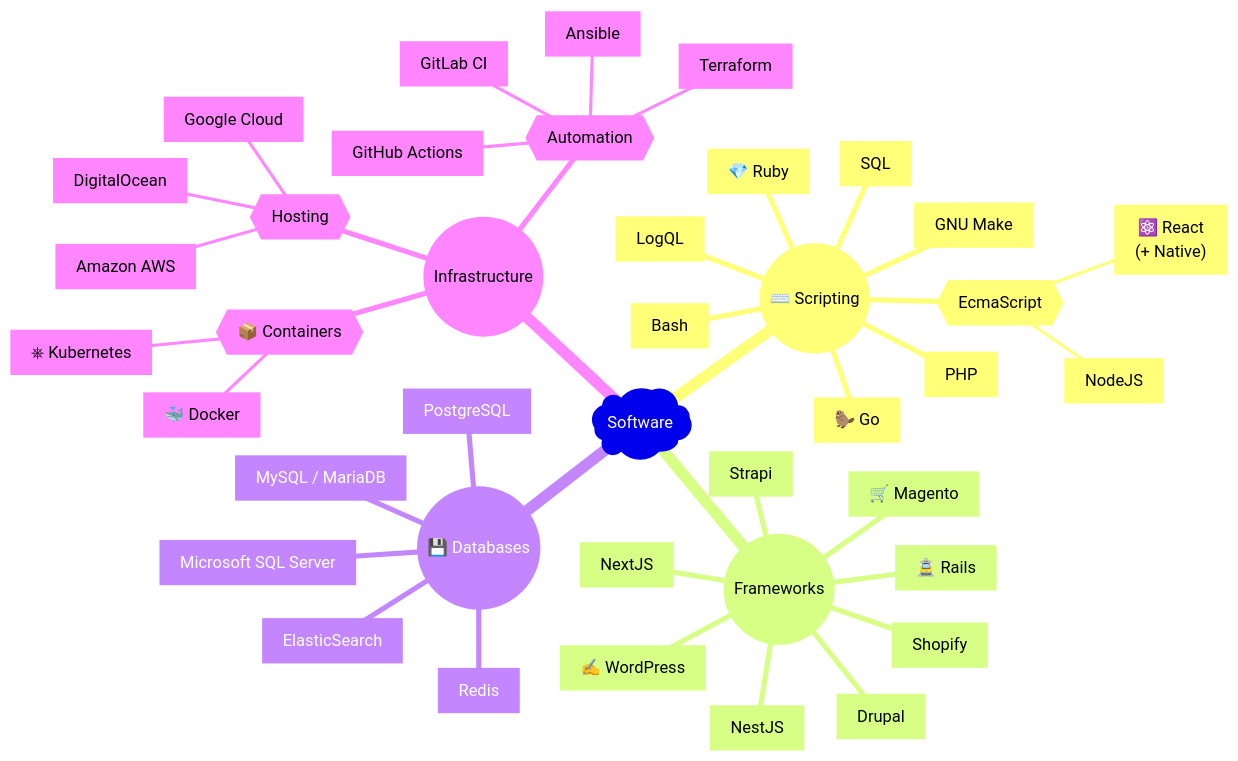
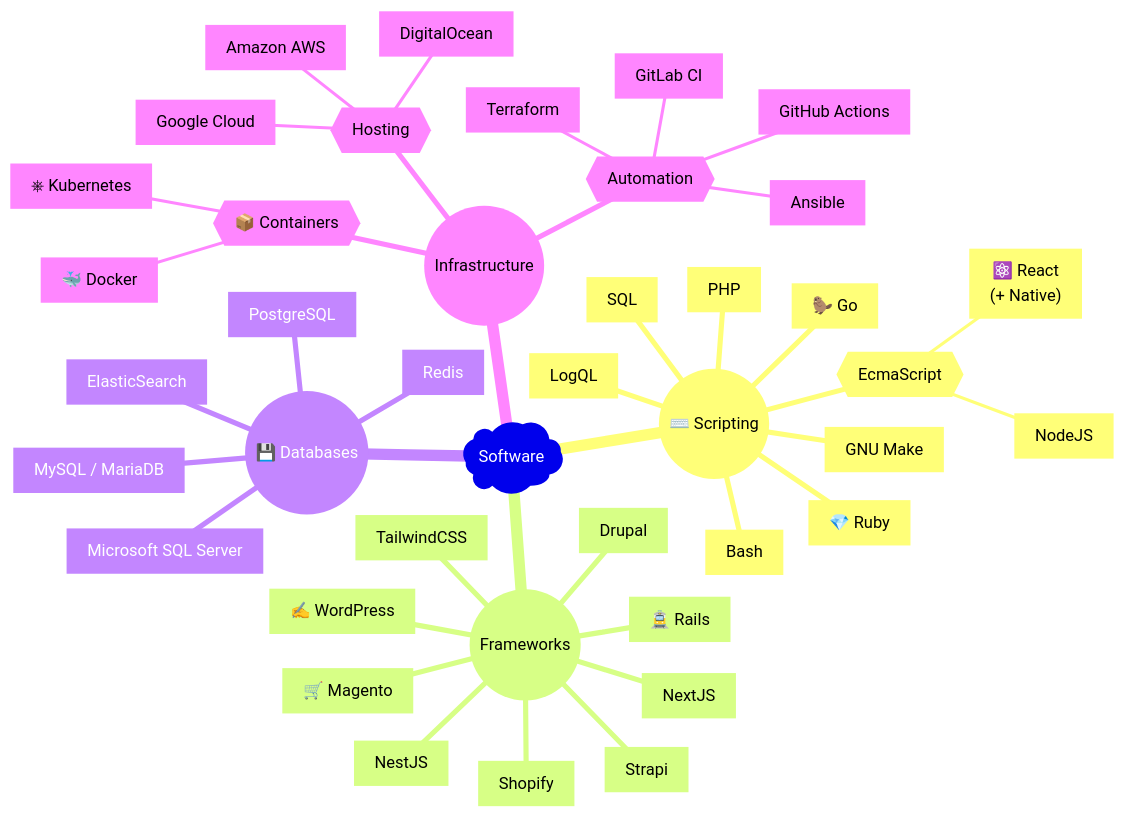
The diagram in README.md (lstellway/lstellway), drawn with Mermaid before and after one commit.

````diff
--- a/README.md
+++ b/README.md
@@ -15,43 +15,44 @@
 ```mermaid
 mindmap
   root)Software(
     script((⌨️ Scripting))
       [🦫 Go]
       [💎 Ruby]
       [Bash]
       [PHP]
       [GNU Make]
       [SQL]
       [LogQL]
       {{EcmaScript}}
         [NodeJS]
         ["⚛️ React<br />(+ Native)"]
     ((Frameworks))
       [NextJS]
+      [TailwindCSS]
       [NestJS]
       [✍️ WordPress]
       [🛒 Magento]
       [🚊 Rails]
       [Strapi]
       [Drupal]
       [Shopify]
     ((💾 Databases))
       [MySQL / MariaDB]
       [PostgreSQL]
       [Microsoft SQL Server]
       [Redis]
       [ElasticSearch]
     ((Infrastructure))
       {{📦 Containers}}
         [🐳 Docker]
         [⎈ Kubernetes]
       {{Hosting}}
         [DigitalOcean]
         [Google Cloud]
         [Amazon AWS]
       {{Automation}}
         [GitHub Actions]
         [GitLab CI]
         [Terraform]
         [Ansible]
 ```
````
